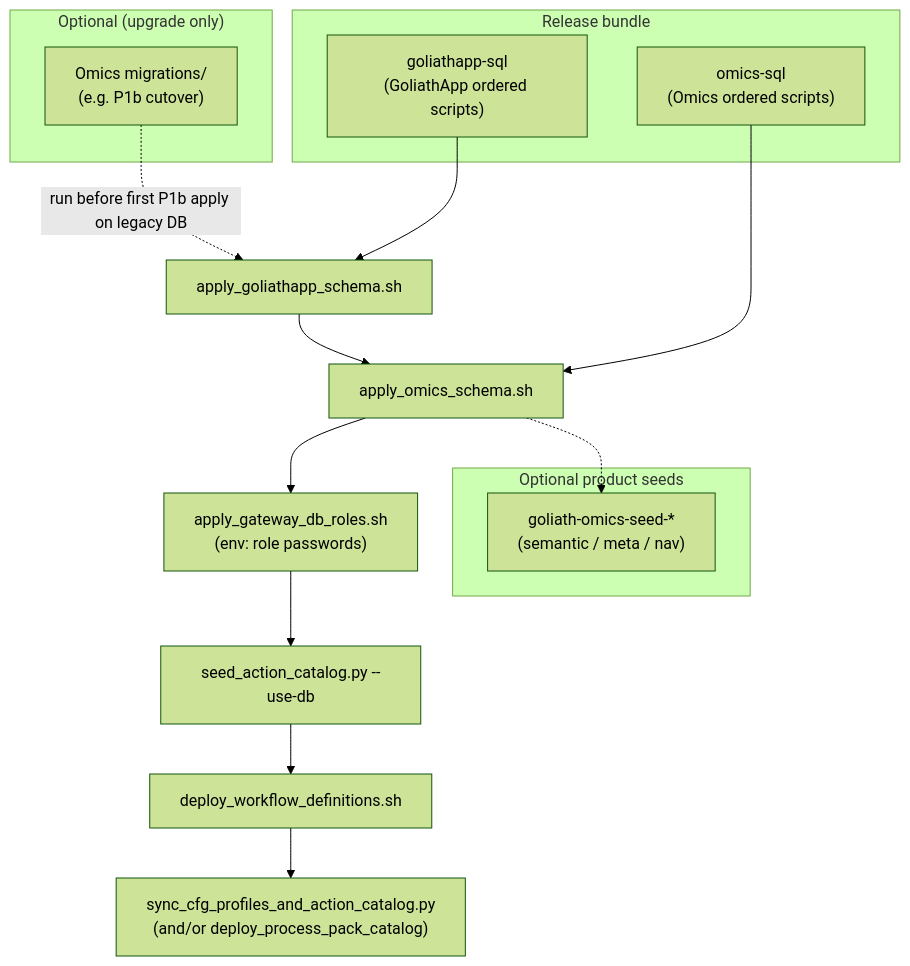
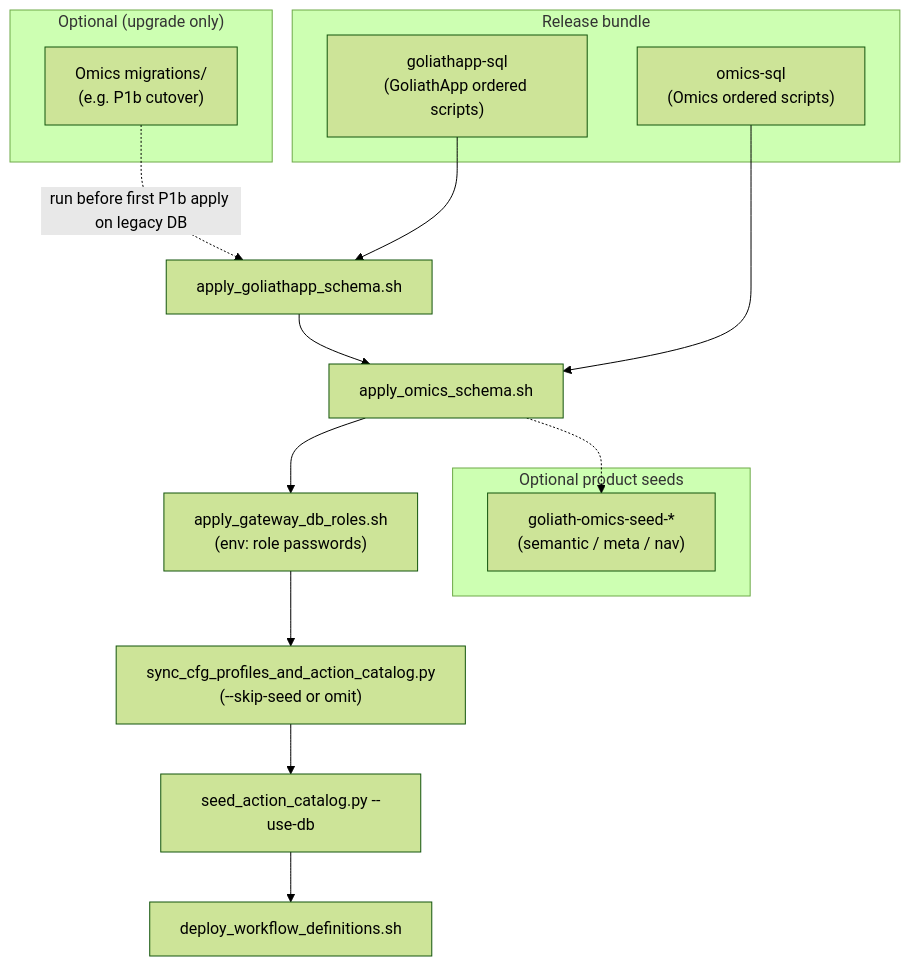
Before and after one commit to Goliath-Research/GoliathOmics: the diagram in docs/architecture/database-population.md, drawn with Mermaid (forest theme). The commit also changed other lines of this file and 15 other files, not shown here.

````diff
--- a/docs/architecture/database-population.md
+++ b/docs/architecture/database-population.md
@@ -47,26 +68,26 @@
 ```mermaid
 flowchart TB
   subgraph pin["Release bundle"]
     GA["goliathapp-sql\n(GoliathApp ordered scripts)"]
     OM["omics-sql\n(Omics ordered scripts)"]
   end
 
   A["apply_goliathapp_schema.sh"] --> B["apply_omics_schema.sh"]
   GA --> A
   OM --> B
 
   subgraph opt_mig["Optional (upgrade only)"]
     M["Omics migrations/\n(e.g. P1b cutover)"]
   end
   M -.->|"run before first P1b apply on legacy DB"| A
 
   B --> R["apply_gateway_db_roles.sh\n(env: role passwords)"]
-  R --> S["seed_action_catalog.py --use-db"]
+  R --> C["sync_cfg_profiles_and_action_catalog.py\n(--skip-seed or omit)"]
+  C --> S["seed_action_catalog.py --use-db"]
   S --> W["deploy_workflow_definitions.sh"]
-  W --> C["sync_cfg_profiles_and_action_catalog.py\n(and/or deploy_process_pack_catalog)"]
 
   subgraph opt_seed["Optional product seeds"]
     SEM["goliath-omics-seed-*\n(semantic / meta / nav)"]
   end
   B -.-> SEM
 ```
````
